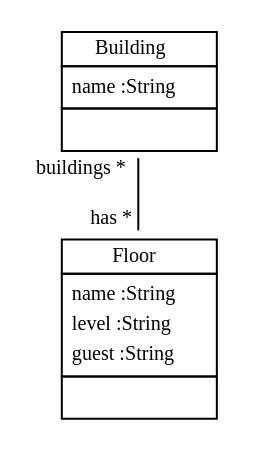
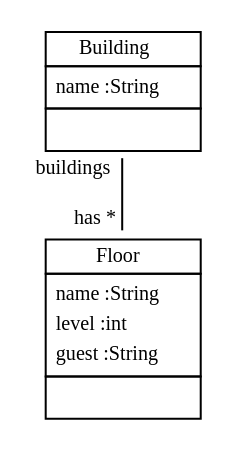
Before and after one commit to fujaba/SDMLib: the diagram in doc/DerivedFromGenericObjectsClassDiag.dot, drawn with Graphviz. The commit also changed 19 other files, not shown here.

```diff
--- a/doc/DerivedFromGenericObjectsClassDiag.dot
+++ b/doc/DerivedFromGenericObjectsClassDiag.dot
@@ -1,13 +1,13 @@
 
  digraph ClassDiagram {
     node [shape = none, fontsize = 10]; 
     edge [fontsize = 10];
     
     
     _Building [label=<<table border='0' cellborder='1' cellspacing='0'> <tr> <td HREF="../test/de/kassel/roombook/Building.java">Building</td> </tr> <tr><td><table border='0' cellborder='0' cellspacing='0'> <tr><td align='left'>name :String</td></tr>  </table></td></tr> <tr><td><table border='0' cellborder='0' cellspacing='0'> <tr><td> </td></tr> </table></td></tr> </table>>];
-    _Floor [label=<<table border='0' cellborder='1' cellspacing='0'> <tr> <td HREF="../test/de/kassel/roombook/Floor.java">Floor</td> </tr> <tr><td><table border='0' cellborder='0' cellspacing='0'> <tr><td align='left'>name :String</td></tr> <tr><td align='left'>level :String</td></tr> <tr><td align='left'>guest :String</td></tr>  </table></td></tr> <tr><td><table border='0' cellborder='0' cellspacing='0'> <tr><td> </td></tr> </table></td></tr> </table>>];
+    _Floor [label=<<table border='0' cellborder='1' cellspacing='0'> <tr> <td HREF="../test/de/kassel/roombook/Floor.java">Floor</td> </tr> <tr><td><table border='0' cellborder='0' cellspacing='0'> <tr><td align='left'>name :String</td></tr> <tr><td align='left'>level :int</td></tr> <tr><td align='left'>guest :String</td></tr>  </table></td></tr> <tr><td><table border='0' cellborder='0' cellspacing='0'> <tr><td> </td></tr> </table></td></tr> </table>>];
     
     
     
-    _Building -> _Floor [headlabel = "has *" taillabel = "buildings *" arrowhead = "none" ];
+    _Building -> _Floor [headlabel = "has *" taillabel = "buildings" arrowhead = "none" ];
 }
```
